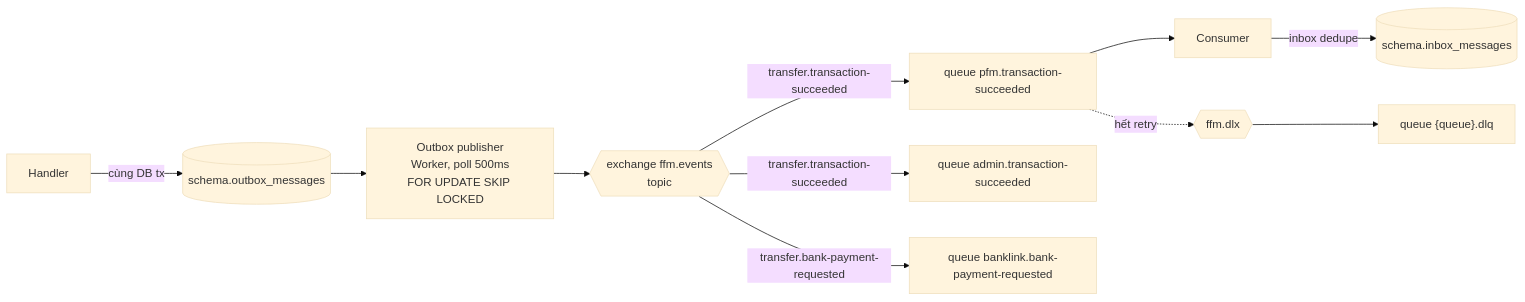
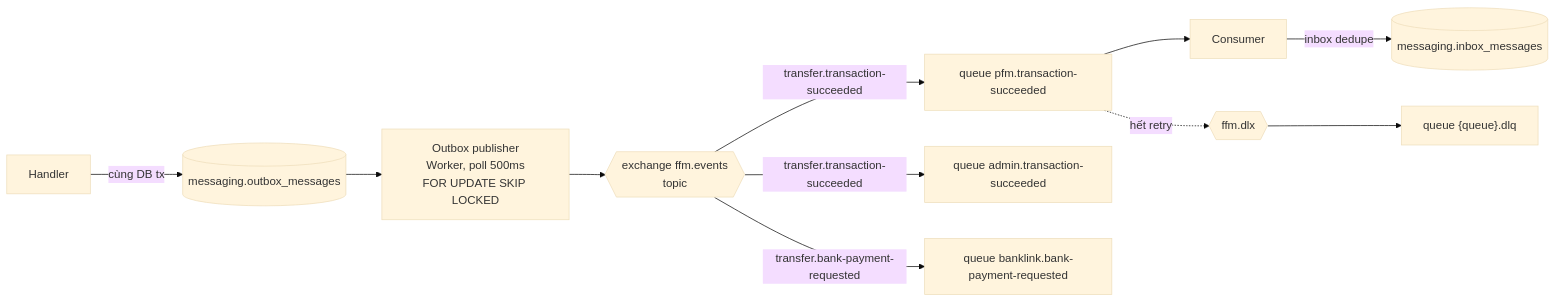
One commit to ha1tuan/pfm changed the third of 3 diagrams in backend/docs/architecture.md. Above: the diagram before and after it, drawn with Mermaid (base theme). The commit also changed other lines of this file and 52 other files, not shown here.

````diff
--- a/backend/docs/architecture.md
+++ b/backend/docs/architecture.md
@@ -290,11 +398,11 @@
 ```mermaid
 flowchart LR
-    H[Handler] -- cùng DB tx --> OB[(schema.outbox_messages)]
+    H[Handler] -- cùng DB tx --> OB[(messaging.outbox_messages)]
     OB --> P[Outbox publisher<br/>Worker, poll 500ms<br/>FOR UPDATE SKIP LOCKED]
     P --> X{{exchange ffm.events<br/>topic}}
     X -- transfer.transaction-succeeded --> Q1[queue pfm.transaction-succeeded]
     X -- transfer.transaction-succeeded --> Q2[queue admin.transaction-succeeded]
     X -- transfer.bank-payment-requested --> Q3[queue banklink.bank-payment-requested]
-    Q1 --> C1[Consumer] -- inbox dedupe --> DB[(schema.inbox_messages)]
+    Q1 --> C1[Consumer] -- inbox dedupe --> DB[(messaging.inbox_messages)]
     Q1 -. hết retry .-> DLX{{"ffm.dlx"}} --> DLQ["queue {queue}.dlq"]
 ```
````
